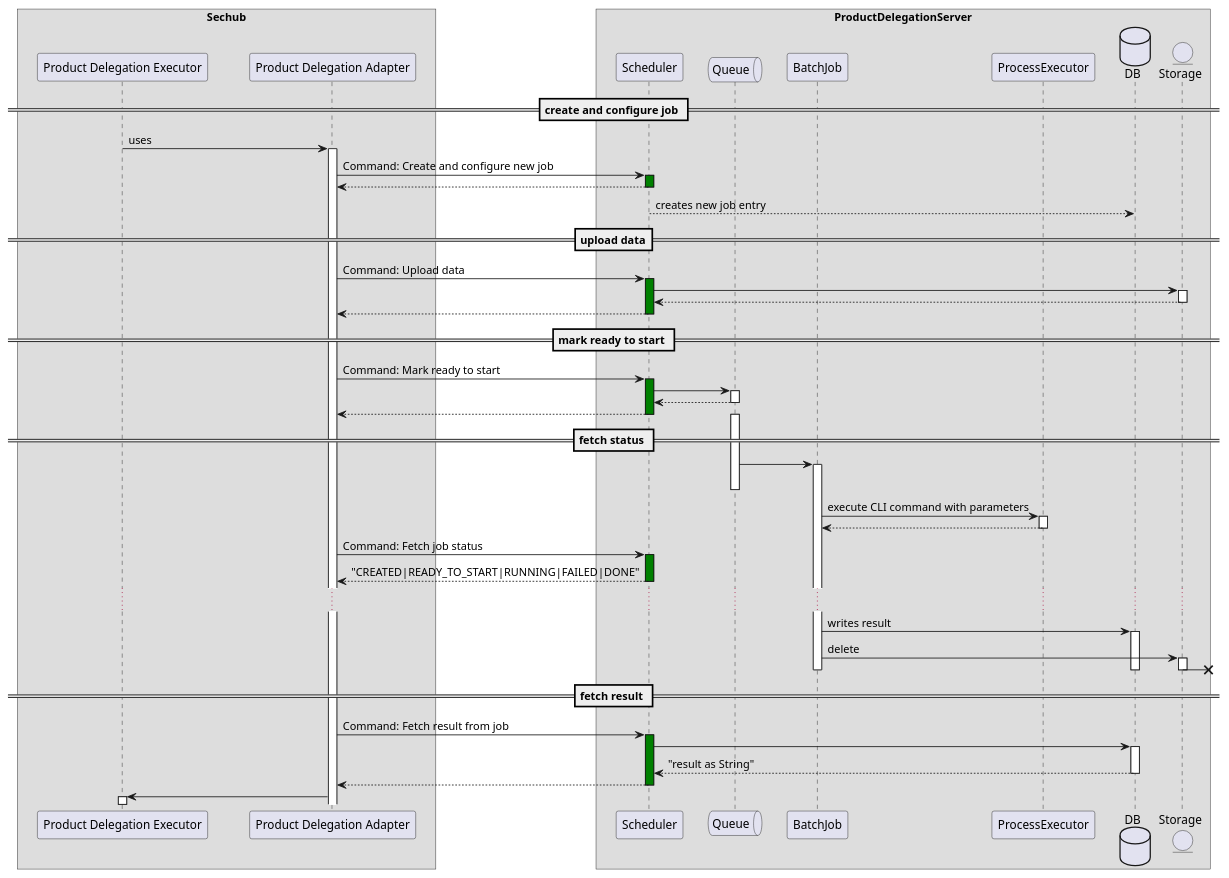
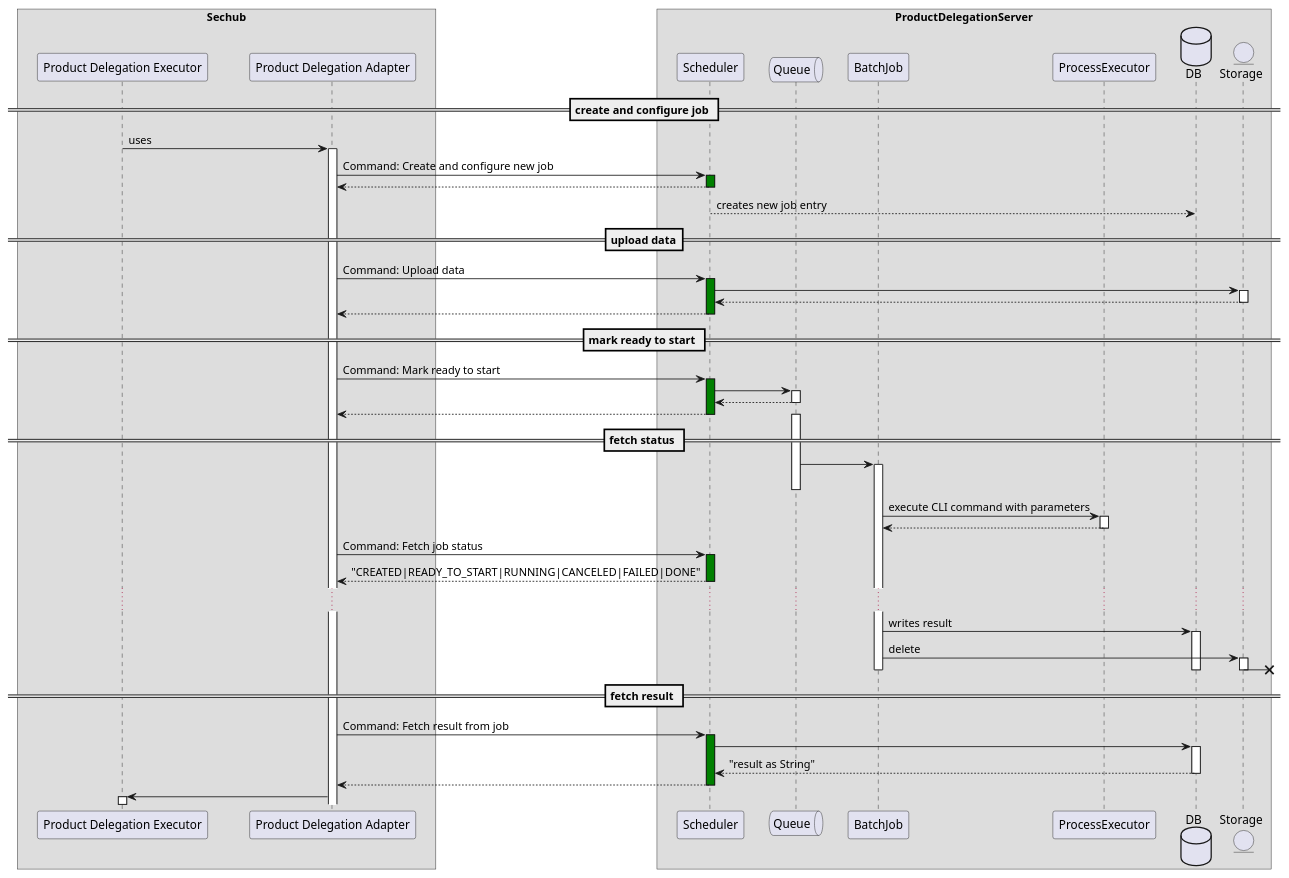
Before and after one commit to mercedes-benz/sechub: the diagram in sechub-doc/src/docs/asciidoc/diagrams/diagram_concept_product_delgation_server_bigpicture.puml, drawn with PlantUML. The commit also changed 67 other files, not shown here.

```diff
--- a/sechub-doc/src/docs/asciidoc/diagrams/diagram_concept_product_delgation_server_bigpicture.puml
+++ b/sechub-doc/src/docs/asciidoc/diagrams/diagram_concept_product_delgation_server_bigpicture.puml
@@ -1,71 +1,71 @@
 @startuml 
 
 skinparam ParticipantPadding 20
 skinparam BoxPadding 10
 
 
 box "Sechub"
     participant Executor as "Product Delegation Executor"
     participant Adapter as "Product Delegation Adapter"
 end box
 
 box "ProductDelegationServer"
     participant Scheduler
     queue Queue
     participant BatchJob
     participant ProcessExecutor
     
     database DB
     entity Storage
  
 end box
 autoactivate on
 == create and configure job ==
 Executor -> Adapter: uses
 Adapter -> Scheduler #green : Command: Create and configure new job 
 return
 Scheduler --> DB : creates new job entry
 
 
 == upload data==
 Adapter -> Scheduler #green : Command: Upload data
 Scheduler -> Storage
 return
 return
 
 == mark ready to start ==
 Adapter -> Scheduler #green : Command: Mark ready to start
 Scheduler -> Queue
 return
 return
 
 == fetch status ==
 activate Queue
 Queue -> BatchJob
 deactivate Queue
 BatchJob -> ProcessExecutor : execute CLI command with parameters
 return
 
 Adapter -> Scheduler #green : Command: Fetch job status
-return "CREATED|READY_TO_START|RUNNING|FAILED|DONE"
+return "CREATED|READY_TO_START|RUNNING|CANCELED|FAILED|DONE"
 ...
 BatchJob -> DB: writes result
 BatchJob -> Storage: delete
 Storage ->x]
 
 deactivate Storage
 deactivate DB
 deactivate BatchJob
 
 == fetch result ==
 Adapter -> Scheduler #green : Command: Fetch result from job
 
 Scheduler -> DB
 return "result as String"
 
 return
 Adapter -> Executor
 
 
 
 @enduml 
```
